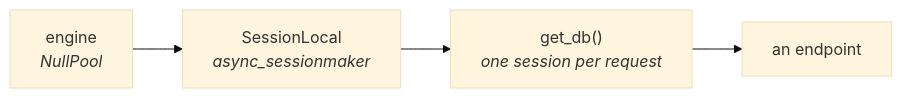
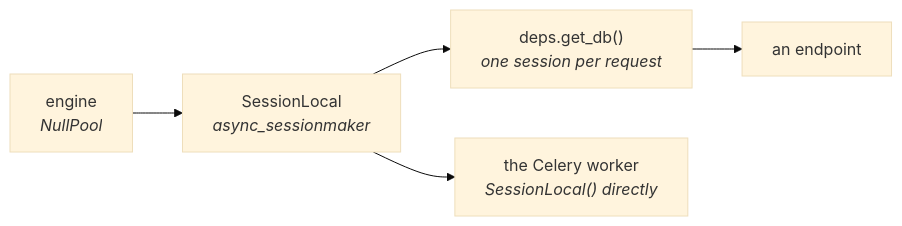
The diagram in backend/app/db/README.md (dhanoliya-ji/DocMinds), drawn with Mermaid (base theme) before and after one commit. The commit also changed other lines of this file and 1 other file, not shown here.

First line of the commit message:
Remove the dead duplicate get_db in db/session.py

````diff
--- a/backend/app/db/README.md
+++ b/backend/app/db/README.md
@@ -16,6 +16,7 @@
 ```mermaid
 flowchart LR
     E["engine<br/><i>NullPool</i>"] --> S["SessionLocal<br/><i>async_sessionmaker</i>"]
-    S --> G["get_db()<br/><i>one session per request</i>"]
+    S --> G["deps.get_db()<br/><i>one session per request</i>"]
     G --> EP["an endpoint"]
+    S --> W["the Celery worker<br/><i>SessionLocal() directly</i>"]
 ```
````
